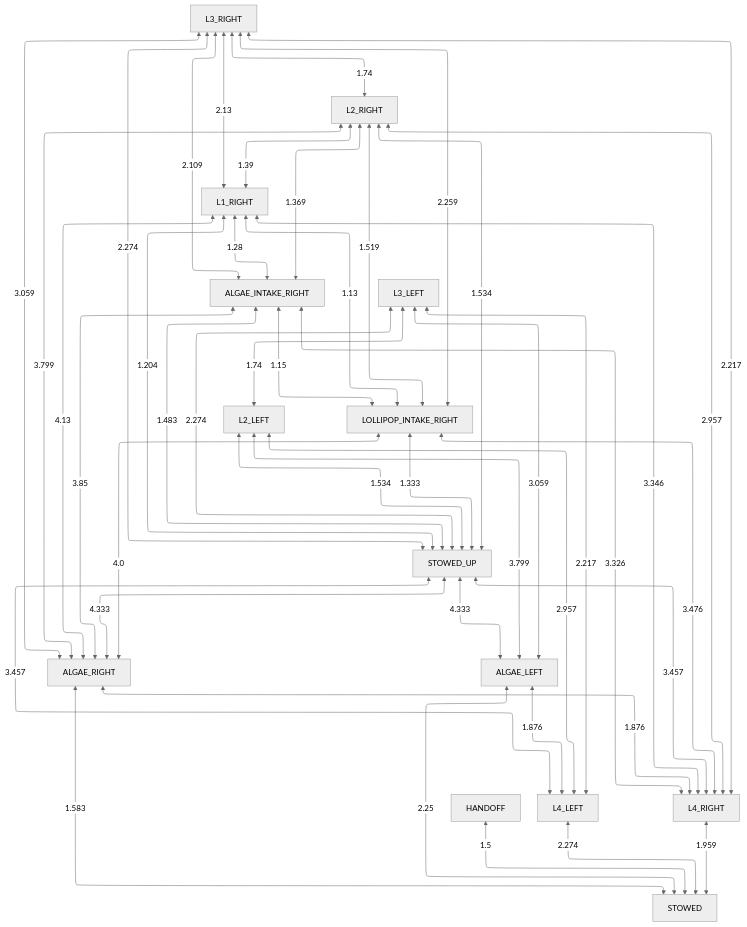
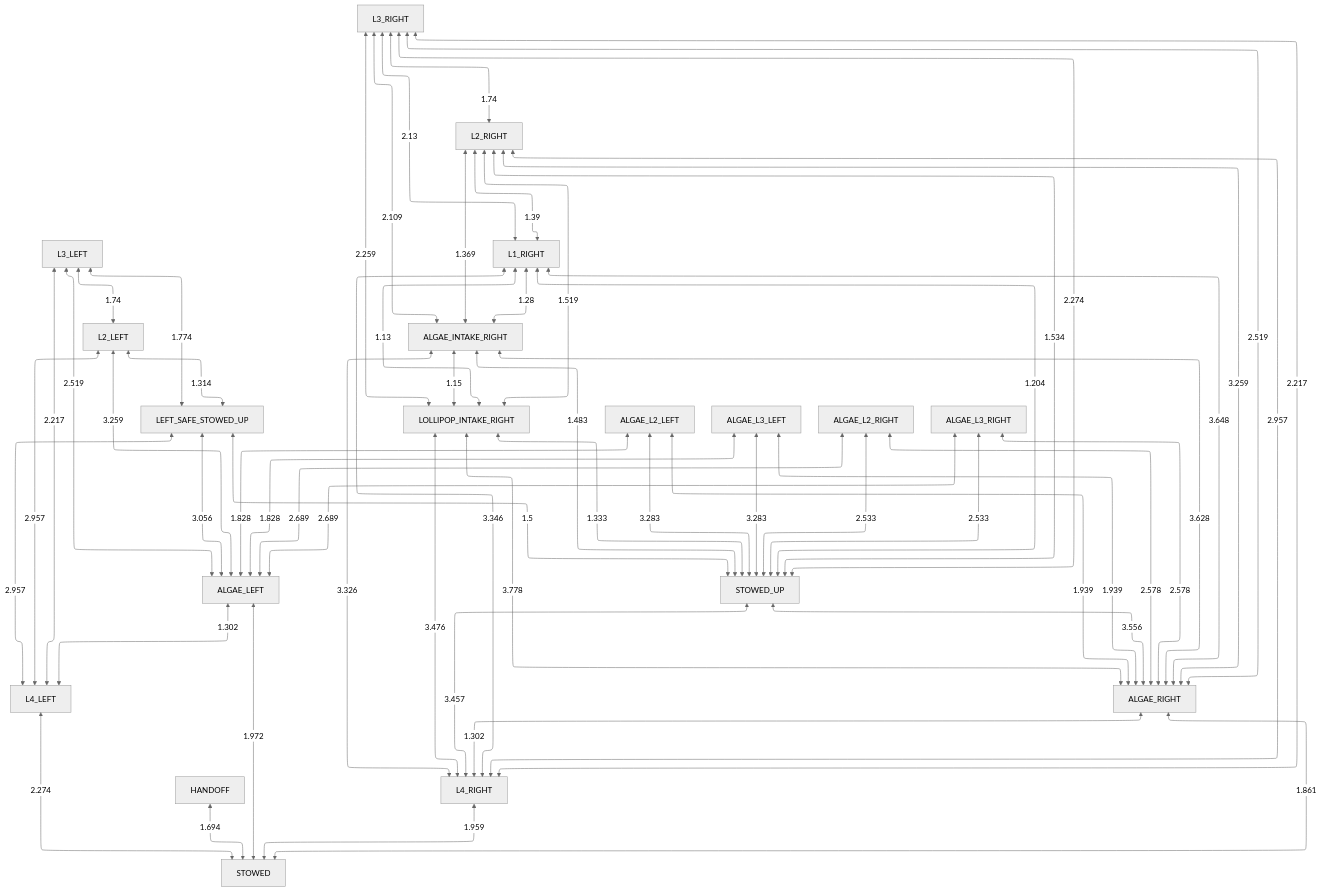
One commit to team581/offseason-2025-comp changed the diagram in docs/collision_avoidance/no_obstruction.md. Above: the diagram before and after it, drawn with Mermaid (neutral theme). The commit also changed 2 other files, not shown here.

Commit message:
obstruction

````diff
--- a/docs/collision_avoidance/no_obstruction.md
+++ b/docs/collision_avoidance/no_obstruction.md
@@ -3,48 +3,61 @@
 ```mermaid
 %%{ init: { "flowchart": { "defaultRenderer": "elk" } } }%%
 graph TD
 
-HANDOFF <-- 1.5 --> STOWED
+HANDOFF <-- 1.694 --> STOWED
 L4_LEFT <-- 2.274 --> STOWED
 L4_RIGHT <-- 1.959 --> STOWED
-ALGAE_RIGHT <-- 1.583 --> STOWED
-ALGAE_LEFT <-- 2.25 --> STOWED
-STOWED_UP <-- 3.457 --> L4_LEFT
+ALGAE_RIGHT <-- 1.861 --> STOWED
+ALGAE_LEFT <-- 1.972 --> STOWED
+LEFT_SAFE_STOWED_UP <-- 2.957 --> L4_LEFT
 L2_LEFT <-- 2.957 --> L4_LEFT
 L3_LEFT <-- 2.217 --> L4_LEFT
-ALGAE_LEFT <-- 1.876 --> L4_LEFT
+ALGAE_LEFT <-- 1.302 --> L4_LEFT
 STOWED_UP <-- 3.457 --> L4_RIGHT
 ALGAE_INTAKE_RIGHT <-- 3.326 --> L4_RIGHT
 LOLLIPOP_INTAKE_RIGHT <-- 3.476 --> L4_RIGHT
 L1_RIGHT <-- 3.346 --> L4_RIGHT
 L2_RIGHT <-- 2.957 --> L4_RIGHT
 L3_RIGHT <-- 2.217 --> L4_RIGHT
-ALGAE_RIGHT <-- 1.876 --> L4_RIGHT
-STOWED_UP <-- 4.333 --> ALGAE_RIGHT
-ALGAE_INTAKE_RIGHT <-- 3.85 --> ALGAE_RIGHT
-LOLLIPOP_INTAKE_RIGHT <-- 4.0 --> ALGAE_RIGHT
-L1_RIGHT <-- 4.13 --> ALGAE_RIGHT
-L2_RIGHT <-- 3.799 --> ALGAE_RIGHT
-L3_RIGHT <-- 3.059 --> ALGAE_RIGHT
-STOWED_UP <-- 4.333 --> ALGAE_LEFT
-L2_LEFT <-- 3.799 --> ALGAE_LEFT
-L3_LEFT <-- 3.059 --> ALGAE_LEFT
+ALGAE_RIGHT <-- 1.302 --> L4_RIGHT
+STOWED_UP <-- 3.556 --> ALGAE_RIGHT
+ALGAE_L2_LEFT <-- 1.939 --> ALGAE_RIGHT
+ALGAE_L3_LEFT <-- 1.939 --> ALGAE_RIGHT
+ALGAE_INTAKE_RIGHT <-- 3.628 --> ALGAE_RIGHT
+LOLLIPOP_INTAKE_RIGHT <-- 3.778 --> ALGAE_RIGHT
+L1_RIGHT <-- 3.648 --> ALGAE_RIGHT
+L2_RIGHT <-- 3.259 --> ALGAE_RIGHT
+L3_RIGHT <-- 2.519 --> ALGAE_RIGHT
+ALGAE_L2_RIGHT <-- 2.578 --> ALGAE_RIGHT
+ALGAE_L3_RIGHT <-- 2.578 --> ALGAE_RIGHT
+LEFT_SAFE_STOWED_UP <-- 3.056 --> ALGAE_LEFT
+L2_LEFT <-- 3.259 --> ALGAE_LEFT
+L3_LEFT <-- 2.519 --> ALGAE_LEFT
+ALGAE_L2_LEFT <-- 1.828 --> ALGAE_LEFT
+ALGAE_L3_LEFT <-- 1.828 --> ALGAE_LEFT
+ALGAE_L2_RIGHT <-- 2.689 --> ALGAE_LEFT
+ALGAE_L3_RIGHT <-- 2.689 --> ALGAE_LEFT
+LEFT_SAFE_STOWED_UP <-- 1.5 --> STOWED_UP
 LOLLIPOP_INTAKE_RIGHT <-- 1.333 --> STOWED_UP
 ALGAE_INTAKE_RIGHT <-- 1.483 --> STOWED_UP
-L2_LEFT <-- 1.534 --> STOWED_UP
-L3_LEFT <-- 2.274 --> STOWED_UP
 L1_RIGHT <-- 1.204 --> STOWED_UP
 L2_RIGHT <-- 1.534 --> STOWED_UP
 L3_RIGHT <-- 2.274 --> STOWED_UP
+ALGAE_L2_LEFT <-- 3.283 --> STOWED_UP
+ALGAE_L2_RIGHT <-- 2.533 --> STOWED_UP
+ALGAE_L3_LEFT <-- 3.283 --> STOWED_UP
+ALGAE_L3_RIGHT <-- 2.533 --> STOWED_UP
+L2_LEFT <-- 1.314 --> LEFT_SAFE_STOWED_UP
+L3_LEFT <-- 1.774 --> LEFT_SAFE_STOWED_UP
 ALGAE_INTAKE_RIGHT <-- 1.15 --> LOLLIPOP_INTAKE_RIGHT
 L1_RIGHT <-- 1.13 --> LOLLIPOP_INTAKE_RIGHT
 L2_RIGHT <-- 1.519 --> LOLLIPOP_INTAKE_RIGHT
 L3_RIGHT <-- 2.259 --> LOLLIPOP_INTAKE_RIGHT
 L1_RIGHT <-- 1.28 --> ALGAE_INTAKE_RIGHT
 L2_RIGHT <-- 1.369 --> ALGAE_INTAKE_RIGHT
 L3_RIGHT <-- 2.109 --> ALGAE_INTAKE_RIGHT
 L3_LEFT <-- 1.74 --> L2_LEFT
 L2_RIGHT <-- 1.39 --> L1_RIGHT
 L3_RIGHT <-- 2.13 --> L1_RIGHT
 L3_RIGHT <-- 1.74 --> L2_RIGHT
 ```
````
